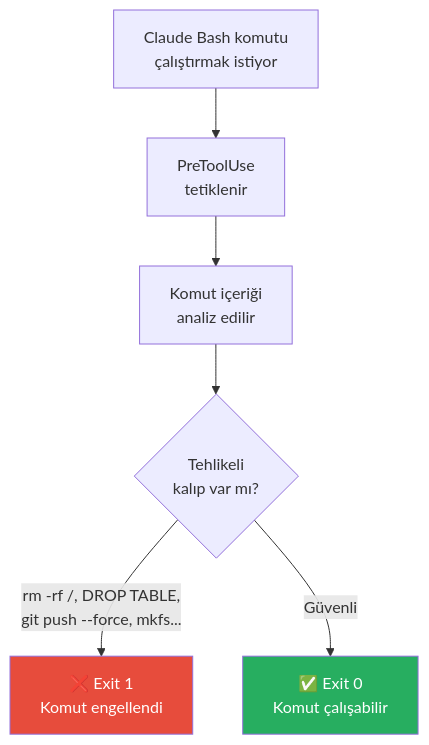
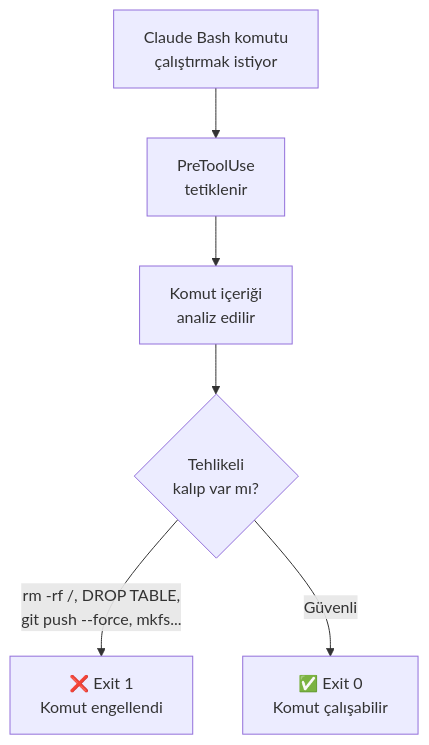
Before and after one commit to IzzetYasinAtes/ClaudeCodeHandbook: the third of 9 diagrams in 14-hooks-ve-otomasyon/05-hook-ornekleri-ve-tarifler.md, drawn with Mermaid. The commit also changed other lines of this file and 97 other files, not shown here.

Commit message:
Remove all custom Mermaid style/fill colors from 98 markdown files for consistent dark theme rendering

````diff
--- a/14-hooks-ve-otomasyon/05-hook-ornekleri-ve-tarifler.md
+++ b/14-hooks-ve-otomasyon/05-hook-ornekleri-ve-tarifler.md
@@ -134,11 +123,9 @@
 ```mermaid
 flowchart TD
     A["Claude Bash komutu<br/>çalıştırmak istiyor"] --> B["PreToolUse<br/>tetiklenir"]
     B --> C["Komut içeriği<br/>analiz edilir"]
     C --> D{"Tehlikeli<br/>kalıp var mı?"}
     D -->|"rm -rf /, DROP TABLE,<br/>git push --force, mkfs..."| E["❌ Exit 1<br/>Komut engellendi"]
     D -->|"Güvenli"| F["✅ Exit 0<br/>Komut çalışabilir"]
 
-    style E fill:#E74C3C,color:#fff
-    style F fill:#27AE60,color:#fff
 ```
````
